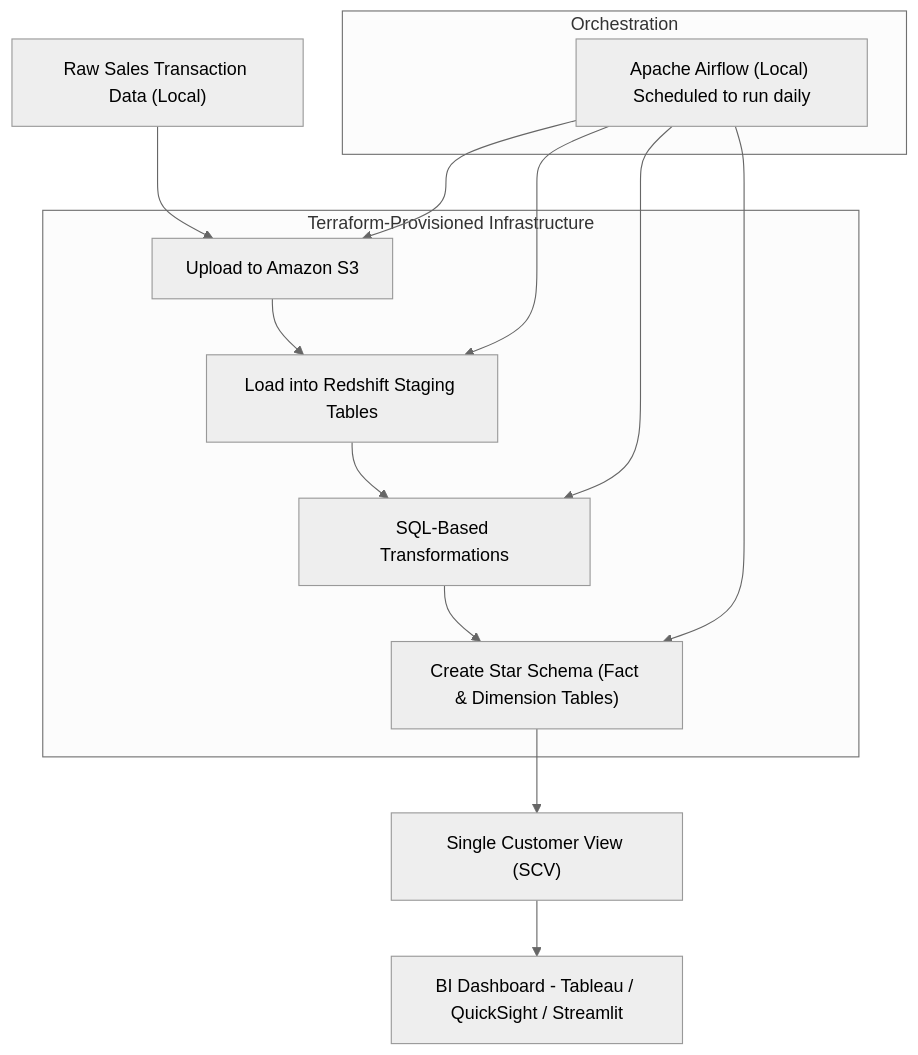
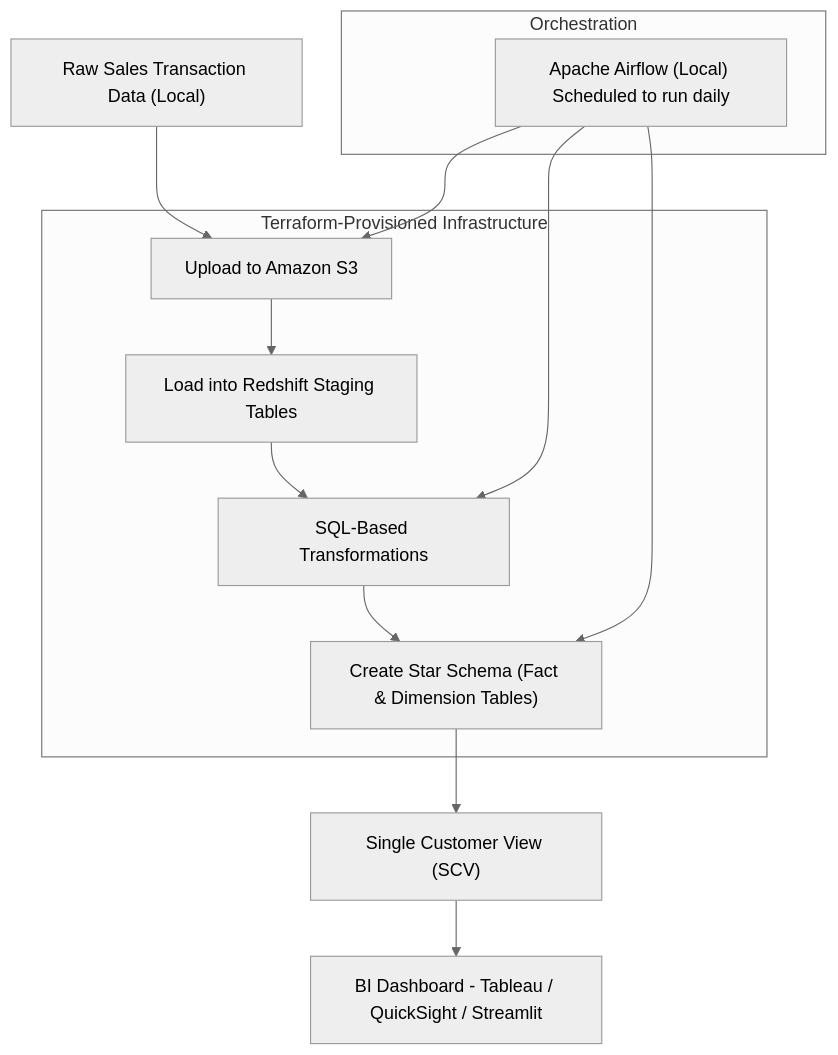
One commit to tungstennn/EcomDataPipeline-DataOps changed the diagram in README.md. Above: the diagram before and after it, drawn with Mermaid (neutral theme).

````diff
--- a/README.md
+++ b/README.md
@@ -14,25 +14,24 @@
 ```mermaid
 graph TD
     A["Raw Sales Transaction Data (Local)"] --> B["Upload to Amazon S3"]
     B --> C["Load into Redshift Staging Tables"]
     C --> D["SQL-Based Transformations"]
     D --> E["Create Star Schema (Fact & Dimension Tables)"]
     E --> F["Single Customer View (SCV)"]
     F --> G["BI Dashboard - Tableau / QuickSight / Streamlit"]
 
     subgraph "Terraform-Provisioned Infrastructure"
         B
         C
         D
         E
     end
 
     subgraph "Orchestration"
         H["Apache Airflow (Local) Scheduled to run daily"]
     end
 
     H --> B
-    H --> C
     H --> D
     H --> E
 ```
````
